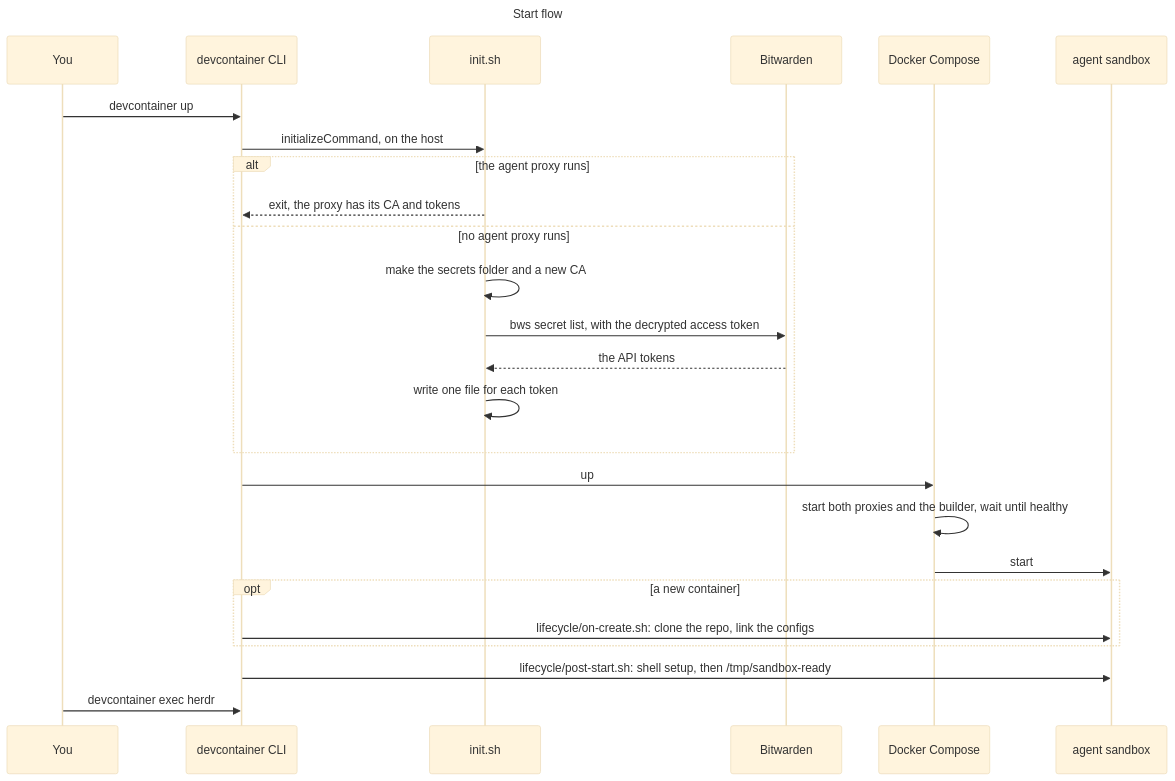
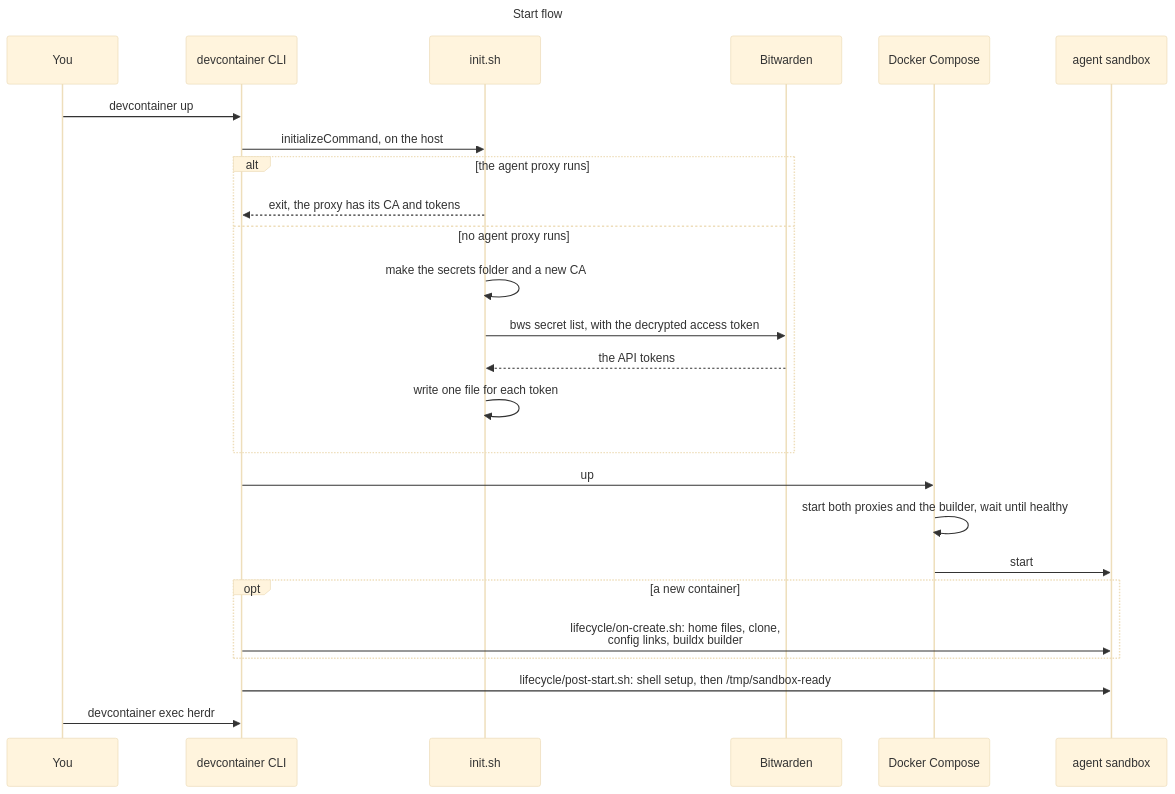
The first of 6 diagrams in .devcontainer/README.md (raghav19/engineersdaybook), drawn with Mermaid (base theme) before and after one commit. The commit also changed other lines of this file, not shown here.

First line of the commit message:
docs: clearer flows: CONNECT and TLS steps, short lines, socket and login

````diff
--- a/.devcontainer/README.md
+++ b/.devcontainer/README.md
@@ -141,30 +141,30 @@
 ```mermaid
 ---
 title: Start flow
 ---
 sequenceDiagram
     participant You
     participant CLI as devcontainer CLI
     participant Init as init.sh
     participant BW as Bitwarden
     participant Compose as Docker Compose
     participant Agent as agent sandbox
     You->>CLI: devcontainer up
     CLI->>Init: initializeCommand, on the host
     alt the agent proxy runs
         Init-->>CLI: exit, the proxy has its CA and tokens
     else no agent proxy runs
         Init->>Init: make the secrets folder and a new CA
         Init->>BW: bws secret list, with the decrypted access token
         BW-->>Init: the API tokens
         Init->>Init: write one file for each token
     end
     CLI->>Compose: up
     Compose->>Compose: start both proxies and the builder, wait until healthy
     Compose->>Agent: start
     opt a new container
-        CLI->>Agent: lifecycle/on-create.sh: clone the repo, link the configs
+        CLI->>Agent: lifecycle/on-create.sh: home files, clone,<br/>config links, buildx builder
     end
     CLI->>Agent: lifecycle/post-start.sh: shell setup, then /tmp/sandbox-ready
     You->>CLI: devcontainer exec herdr
 ```
````
